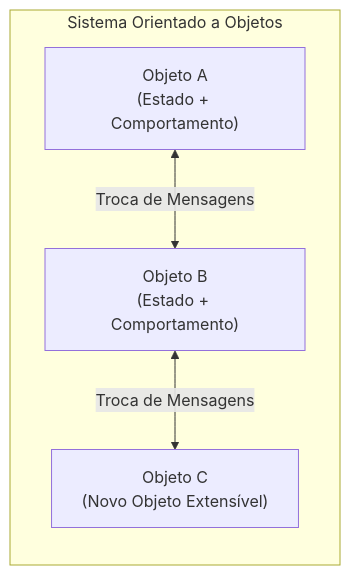
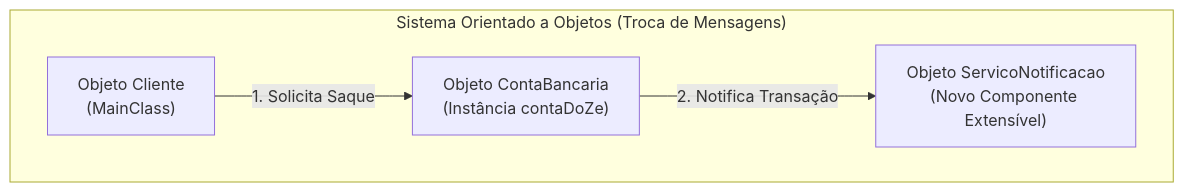
One commit to leorruas/puc changed the second of 3 diagrams in 01. Programacao Modular/04. Programação orientada a objetos e acoplamento.md. Above: the diagram before and after it, drawn with Mermaid. The commit also changed other lines of this file, not shown here.

Commit message:
docs(programacao-modular): explica didaticamente o que e um objeto via Feynman, Estado/Comportamento e metafora biologica de Alan Kay

````diff
--- a/01. Programacao Modular/04. Programação orientada a objetos e acoplamento.md
+++ b/01. Programacao Modular/04. Programação orientada a objetos e acoplamento.md
@@ -41,7 +83,11 @@
 ```mermaid
-graph LR
-    subgraph Sistema ["Sistema Orientado a Objetos"]
-        A["Objeto A<br>(Estado + Comportamento)"] <-->|Troca de Mensagens| B["Objeto B<br>(Estado + Comportamento)"]
-        B <-->|Troca de Mensagens| C["Objeto C<br>(Novo Objeto Extensível)"]
+graph TD
+    subgraph Sistema ["Sistema Orientado a Objetos (Troca de Mensagens)"]
+        A["Objeto Cliente<br>(MainClass)"]
+        B["Objeto ContaBancaria<br>(Instância contaDoZe)"]
+        C["Objeto ServicoNotificacao<br>(Novo Componente Extensível)"]
+        
+        A -->|1. Solicita Saque| B
+        B -->|2. Notifica Transação| C
     end
 ```
````
